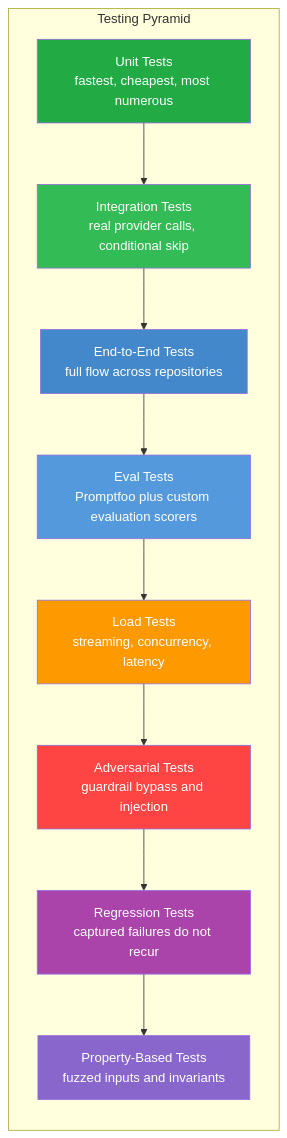
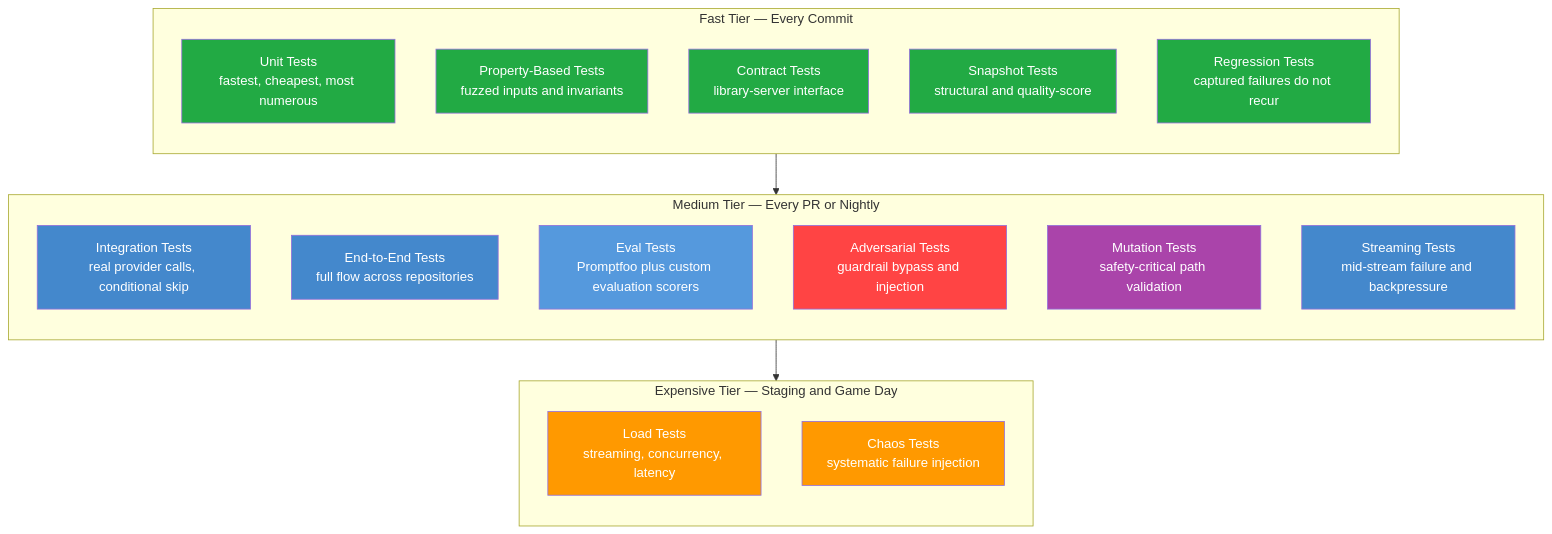
One commit to 1qh/safeagent changed the third of 9 diagrams in plan/16-testing.md. Above: the diagram before and after it, drawn with Mermaid. The commit also changed other lines of this file, not shown here.

Commit message:
add testing philosophy and update testing pyramid to 14 types

````diff
--- a/plan/16-testing.md
+++ b/plan/16-testing.md
@@ -35,31 +133,43 @@
 ```mermaid
 graph TB
-    subgraph TESTING_PYRAMID["Testing Pyramid"]
+    subgraph FAST_TIER["Fast Tier — Every Commit"]
         direction TB
         UNIT_TESTS["Unit Tests\nfastest, cheapest, most numerous"]
+        PROPERTY_TESTS["Property-Based Tests\nfuzzed inputs and invariants"]
+        CONTRACT_TESTS["Contract Tests\nlibrary-server interface"]
+        SNAPSHOT_TESTS["Snapshot Tests\nstructural and quality-score"]
+        REGRESSION_TESTS["Regression Tests\ncaptured failures do not recur"]
+    end
+
+    subgraph MEDIUM_TIER["Medium Tier — Every PR or Nightly"]
+        direction TB
         INTEGRATION_TESTS["Integration Tests\nreal provider calls, conditional skip"]
         E2E_TESTS["End-to-End Tests\nfull flow across repositories"]
         EVAL_TESTS["Eval Tests\nPromptfoo plus custom evaluation scorers"]
-        LOAD_TESTS_LAYER["Load Tests\nstreaming, concurrency, latency"]
         ADVERSARIAL_TESTS["Adversarial Tests\nguardrail bypass and injection"]
-        REGRESSION_TESTS["Regression Tests\ncaptured failures do not recur"]
-        PROPERTY_TESTS["Property-Based Tests\nfuzzed inputs and invariants"]
+        MUTATION_TESTS["Mutation Tests\nsafety-critical path validation"]
+        STREAMING_TESTS["Streaming Tests\nmid-stream failure and backpressure"]
     end
 
-    UNIT_TESTS --> INTEGRATION_TESTS
-    INTEGRATION_TESTS --> E2E_TESTS
-    E2E_TESTS --> EVAL_TESTS
-    EVAL_TESTS --> LOAD_TESTS_LAYER
-    LOAD_TESTS_LAYER --> ADVERSARIAL_TESTS
-    ADVERSARIAL_TESTS --> REGRESSION_TESTS
-    REGRESSION_TESTS --> PROPERTY_TESTS
+    subgraph EXPENSIVE_TIER["Expensive Tier — Staging and Game Day"]
+        direction TB
+        LOAD_TESTS_LAYER["Load Tests\nstreaming, concurrency, latency"]
+        CHAOS_TESTS["Chaos Tests\nsystematic failure injection"]
+    end
+
+    FAST_TIER --> MEDIUM_TIER --> EXPENSIVE_TIER
 
     style UNIT_TESTS fill:#22aa44,color:#fff
-    style INTEGRATION_TESTS fill:#33bb55,color:#fff
+    style PROPERTY_TESTS fill:#22aa44,color:#fff
+    style CONTRACT_TESTS fill:#22aa44,color:#fff
+    style SNAPSHOT_TESTS fill:#22aa44,color:#fff
+    style REGRESSION_TESTS fill:#22aa44,color:#fff
+    style INTEGRATION_TESTS fill:#4488cc,color:#fff
     style E2E_TESTS fill:#4488cc,color:#fff
     style EVAL_TESTS fill:#5599dd,color:#fff
+    style ADVERSARIAL_TESTS fill:#ff4444,color:#fff
+    style MUTATION_TESTS fill:#aa44aa,color:#fff
+    style STREAMING_TESTS fill:#4488cc,color:#fff
     style LOAD_TESTS_LAYER fill:#ff9900,color:#fff
-    style ADVERSARIAL_TESTS fill:#ff4444,color:#fff
-    style REGRESSION_TESTS fill:#aa44aa,color:#fff
-    style PROPERTY_TESTS fill:#8866cc,color:#fff
+    style CHAOS_TESTS fill:#ff9900,color:#fff
 ```
````
